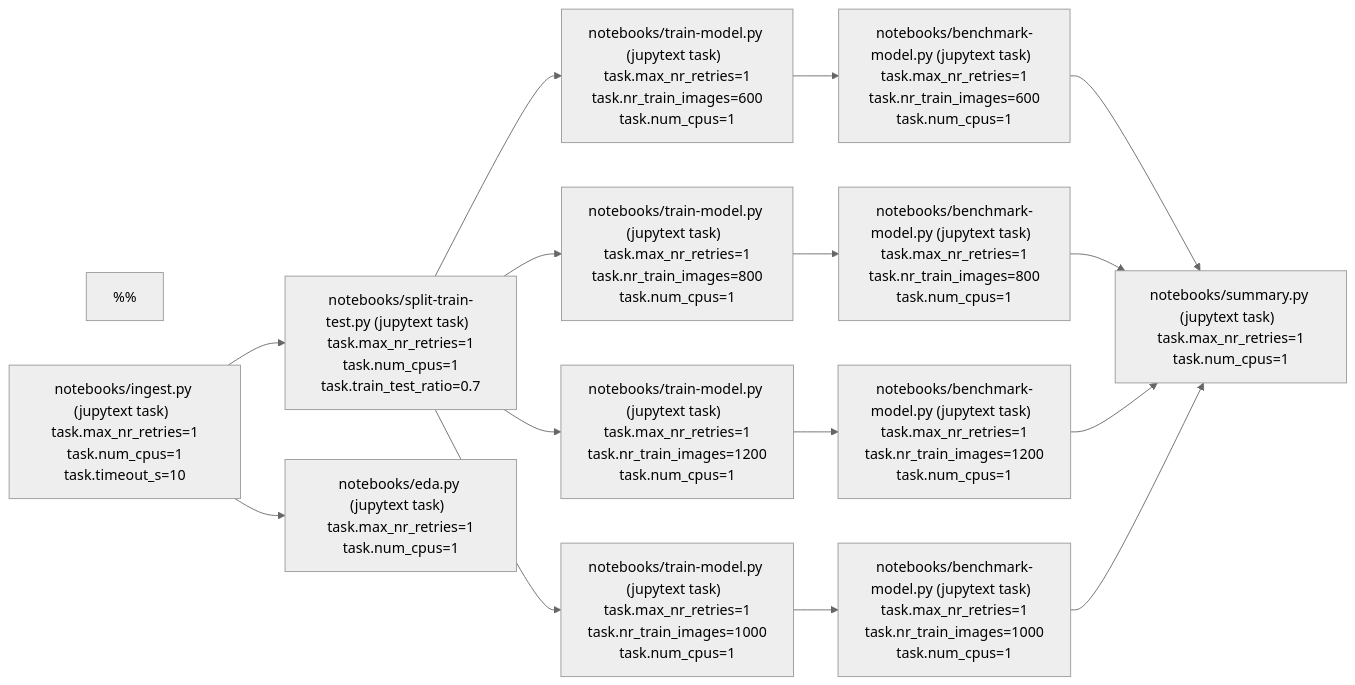
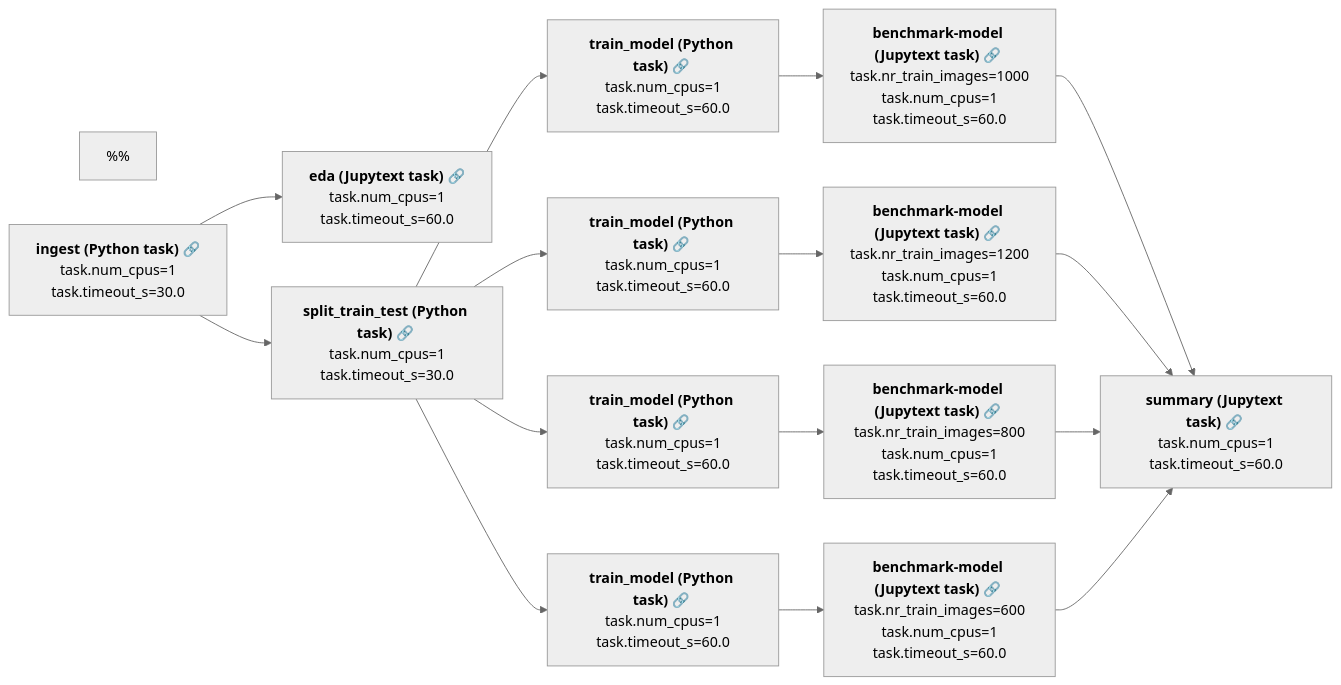
One commit to pynb-dag-runner/mnist-demo-pipeline changed the first of 2 diagrams in README.md. Above: the diagram before and after it, drawn with Mermaid (neutral theme). The commit also changed other lines of this file and 6 other files, not shown here.

````diff
--- a/README.md
+++ b/README.md
@@ -14,32 +19,32 @@
 ```mermaid
 graph LR
     %% Mermaid input file for drawing task dependencies
     %% See https://mermaid-js.github.io/mermaid
     %%
-    TASK_SPAN_ID_0x401791f180413f84["notebooks/ingest.py (jupytext task)  <br />task.max_nr_retries=1<br />task.num_cpus=1<br />task.timeout_s=10"]
-    TASK_SPAN_ID_0xc5c712dae74388d0["notebooks/split-train-test.py (jupytext task)  <br />task.max_nr_retries=1<br />task.num_cpus=1<br />task.train_test_ratio=0.7"]
-    TASK_SPAN_ID_0xb1ce6885c4c44d76["notebooks/eda.py (jupytext task)  <br />task.max_nr_retries=1<br />task.num_cpus=1"]
-    TASK_SPAN_ID_0x0a0caac5d8642143["notebooks/train-model.py (jupytext task)  <br />task.max_nr_retries=1<br />task.nr_train_images=600<br />task.num_cpus=1"]
-    TASK_SPAN_ID_0xc156db8aaea01bf8["notebooks/train-model.py (jupytext task)  <br />task.max_nr_retries=1<br />task.nr_train_images=1000<br />task.num_cpus=1"]
-    TASK_SPAN_ID_0xfb003492acace031["notebooks/train-model.py (jupytext task)  <br />task.max_nr_retries=1<br />task.nr_train_images=1200<br />task.num_cpus=1"]
-    TASK_SPAN_ID_0x3377acd35e405576["notebooks/train-model.py (jupytext task)  <br />task.max_nr_retries=1<br />task.nr_train_images=800<br />task.num_cpus=1"]
-    TASK_SPAN_ID_0xa9b25c972322627d["notebooks/benchmark-model.py (jupytext task)  <br />task.max_nr_retries=1<br />task.nr_train_images=600<br />task.num_cpus=1"]
-    TASK_SPAN_ID_0x3fc6b8524352258c["notebooks/benchmark-model.py (jupytext task)  <br />task.max_nr_retries=1<br />task.nr_train_images=1000<br />task.num_cpus=1"]
-    TASK_SPAN_ID_0x6835c807eb69509f["notebooks/benchmark-model.py (jupytext task)  <br />task.max_nr_retries=1<br />task.nr_train_images=800<br />task.num_cpus=1"]
-    TASK_SPAN_ID_0x66bae688dc54e7f5["notebooks/benchmark-model.py (jupytext task)  <br />task.max_nr_retries=1<br />task.nr_train_images=1200<br />task.num_cpus=1"]
-    TASK_SPAN_ID_0xc39ccc394adf9ce0["notebooks/summary.py (jupytext task)  <br />task.max_nr_retries=1<br />task.num_cpus=1"]
-    TASK_SPAN_ID_0x0a0caac5d8642143 --> TASK_SPAN_ID_0xa9b25c972322627d
-    TASK_SPAN_ID_0xa9b25c972322627d --> TASK_SPAN_ID_0xc39ccc394adf9ce0
-    TASK_SPAN_ID_0x6835c807eb69509f --> TASK_SPAN_ID_0xc39ccc394adf9ce0
-    TASK_SPAN_ID_0x401791f180413f84 --> TASK_SPAN_ID_0xc5c712dae74388d0
-    TASK_SPAN_ID_0xc5c712dae74388d0 --> TASK_SPAN_ID_0xc156db8aaea01bf8
-    TASK_SPAN_ID_0xc156db8aaea01bf8 --> TASK_SPAN_ID_0x3fc6b8524352258c
-    TASK_SPAN_ID_0x66bae688dc54e7f5 --> TASK_SPAN_ID_0xc39ccc394adf9ce0
-    TASK_SPAN_ID_0xc5c712dae74388d0 --> TASK_SPAN_ID_0xfb003492acace031
-    TASK_SPAN_ID_0x401791f180413f84 --> TASK_SPAN_ID_0xb1ce6885c4c44d76
-    TASK_SPAN_ID_0xfb003492acace031 --> TASK_SPAN_ID_0x66bae688dc54e7f5
-    TASK_SPAN_ID_0x3377acd35e405576 --> TASK_SPAN_ID_0x6835c807eb69509f
-    TASK_SPAN_ID_0x3fc6b8524352258c --> TASK_SPAN_ID_0xc39ccc394adf9ce0
-    TASK_SPAN_ID_0xc5c712dae74388d0 --> TASK_SPAN_ID_0x0a0caac5d8642143
-    TASK_SPAN_ID_0xc5c712dae74388d0 --> TASK_SPAN_ID_0x3377acd35e405576
+    TASK_SPAN_ID_0xce2e54cf83d7159b["<b>ingest (Python task) 🔗</b> <br />task.num_cpus=1<br />task.timeout_s=30.0"]
+    TASK_SPAN_ID_0x7d1ab0d78c082cf3["<b>eda (Jupytext task) 🔗</b> <br />task.num_cpus=1<br />task.timeout_s=60.0"]
+    TASK_SPAN_ID_0x392c5ca53bf7d565["<b>split_train_test (Python task) 🔗</b> <br />task.num_cpus=1<br />task.timeout_s=30.0"]
+    TASK_SPAN_ID_0xd4aa81c209e8f07e["<b>train_model (Python task) 🔗</b> <br />task.num_cpus=1<br />task.timeout_s=60.0"]
+    TASK_SPAN_ID_0x9ece260aad087f90["<b>train_model (Python task) 🔗</b> <br />task.num_cpus=1<br />task.timeout_s=60.0"]
+    TASK_SPAN_ID_0xf4da6fe70eb23cb8["<b>train_model (Python task) 🔗</b> <br />task.num_cpus=1<br />task.timeout_s=60.0"]
+    TASK_SPAN_ID_0x4024e5fbedbce3bf["<b>train_model (Python task) 🔗</b> <br />task.num_cpus=1<br />task.timeout_s=60.0"]
+    TASK_SPAN_ID_0x6a9445853c44a3a1["<b>benchmark-model (Jupytext task) 🔗</b> <br />task.nr_train_images=600<br />task.num_cpus=1<br />task.timeout_s=60.0"]
+    TASK_SPAN_ID_0x90e9078dac9eb6b2["<b>benchmark-model (Jupytext task) 🔗</b> <br />task.nr_train_images=1200<br />task.num_cpus=1<br />task.timeout_s=60.0"]
+    TASK_SPAN_ID_0x92e4064d9e9067f3["<b>benchmark-model (Jupytext task) 🔗</b> <br />task.nr_train_images=800<br />task.num_cpus=1<br />task.timeout_s=60.0"]
+    TASK_SPAN_ID_0x3103566a8571ae5e["<b>benchmark-model (Jupytext task) 🔗</b> <br />task.nr_train_images=1000<br />task.num_cpus=1<br />task.timeout_s=60.0"]
+    TASK_SPAN_ID_0x8985b6ded7f5fa8b["<b>summary (Jupytext task) 🔗</b> <br />task.num_cpus=1<br />task.timeout_s=60.0"]
+    TASK_SPAN_ID_0x392c5ca53bf7d565 --> TASK_SPAN_ID_0x9ece260aad087f90
+    TASK_SPAN_ID_0x392c5ca53bf7d565 --> TASK_SPAN_ID_0xf4da6fe70eb23cb8
+    TASK_SPAN_ID_0x3103566a8571ae5e --> TASK_SPAN_ID_0x8985b6ded7f5fa8b
+    TASK_SPAN_ID_0x90e9078dac9eb6b2 --> TASK_SPAN_ID_0x8985b6ded7f5fa8b
+    TASK_SPAN_ID_0xce2e54cf83d7159b --> TASK_SPAN_ID_0x7d1ab0d78c082cf3
+    TASK_SPAN_ID_0x392c5ca53bf7d565 --> TASK_SPAN_ID_0xd4aa81c209e8f07e
+    TASK_SPAN_ID_0xce2e54cf83d7159b --> TASK_SPAN_ID_0x392c5ca53bf7d565
+    TASK_SPAN_ID_0x92e4064d9e9067f3 --> TASK_SPAN_ID_0x8985b6ded7f5fa8b
+    TASK_SPAN_ID_0xf4da6fe70eb23cb8 --> TASK_SPAN_ID_0x90e9078dac9eb6b2
+    TASK_SPAN_ID_0x4024e5fbedbce3bf --> TASK_SPAN_ID_0x3103566a8571ae5e
+    TASK_SPAN_ID_0x392c5ca53bf7d565 --> TASK_SPAN_ID_0x4024e5fbedbce3bf
+    TASK_SPAN_ID_0x6a9445853c44a3a1 --> TASK_SPAN_ID_0x8985b6ded7f5fa8b
+    TASK_SPAN_ID_0xd4aa81c209e8f07e --> TASK_SPAN_ID_0x6a9445853c44a3a1
+    TASK_SPAN_ID_0x9ece260aad087f90 --> TASK_SPAN_ID_0x92e4064d9e9067f3
 ```
````
